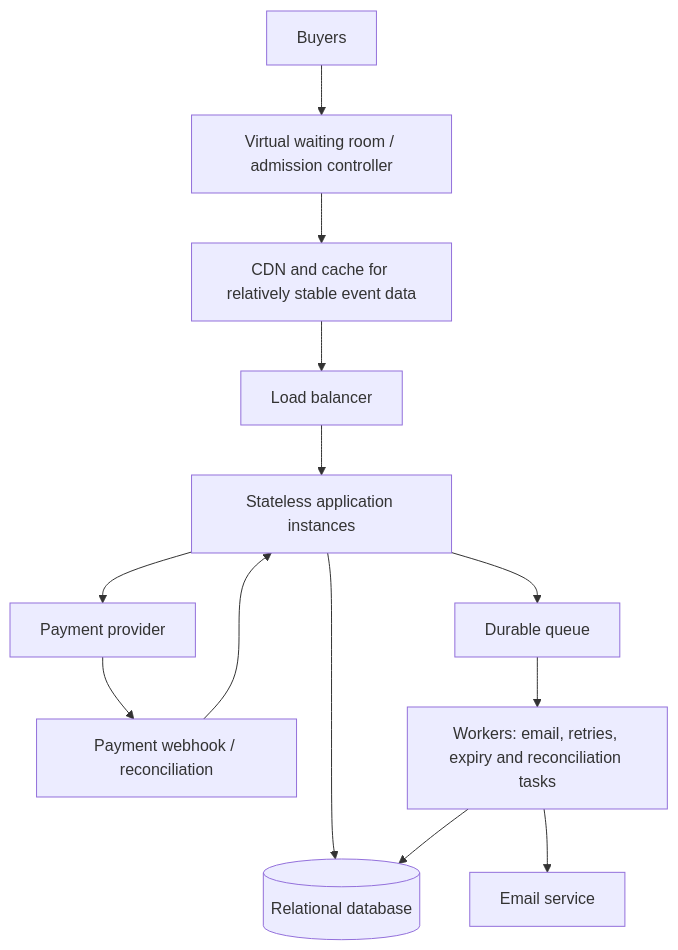
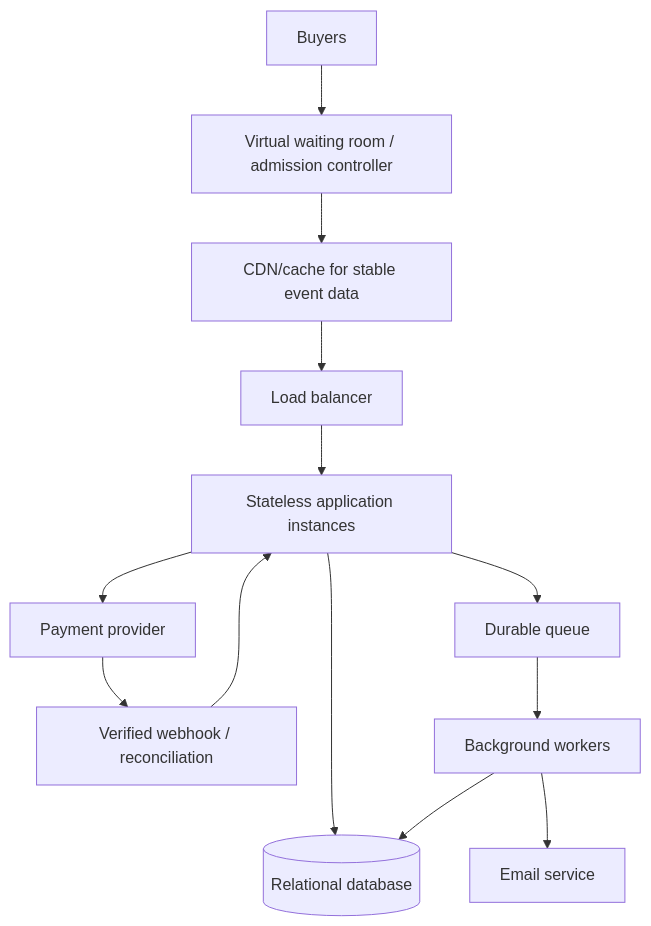
Before and after one commit to Mason-hun/web-foundations-days: the diagram in day8/ticketing-design.md, drawn with Mermaid. The commit also changed other lines of this file, not shown here.

````diff
--- a/day8/ticketing-design.md
+++ b/day8/ticketing-design.md
@@ -141,15 +125,15 @@
 ```mermaid
 flowchart TD
     U[Buyers] --> W[Virtual waiting room / admission controller]
-    W --> CDN[CDN and cache for relatively stable event data]
+    W --> CDN[CDN/cache for stable event data]
     CDN --> LB[Load balancer]
     LB --> APP[Stateless application instances]
     APP --> DB[(Relational database)]
     APP --> PAY[Payment provider]
-    PAY --> WH[Payment webhook / reconciliation]
+    PAY --> WH[Verified webhook / reconciliation]
     WH --> APP
     APP --> Q[Durable queue]
-    Q --> WORKER[Workers: email, retries, expiry and reconciliation tasks]
+    Q --> WORKER[Background workers]
     WORKER --> DB
     WORKER --> EMAIL[Email service]
 ```
````
